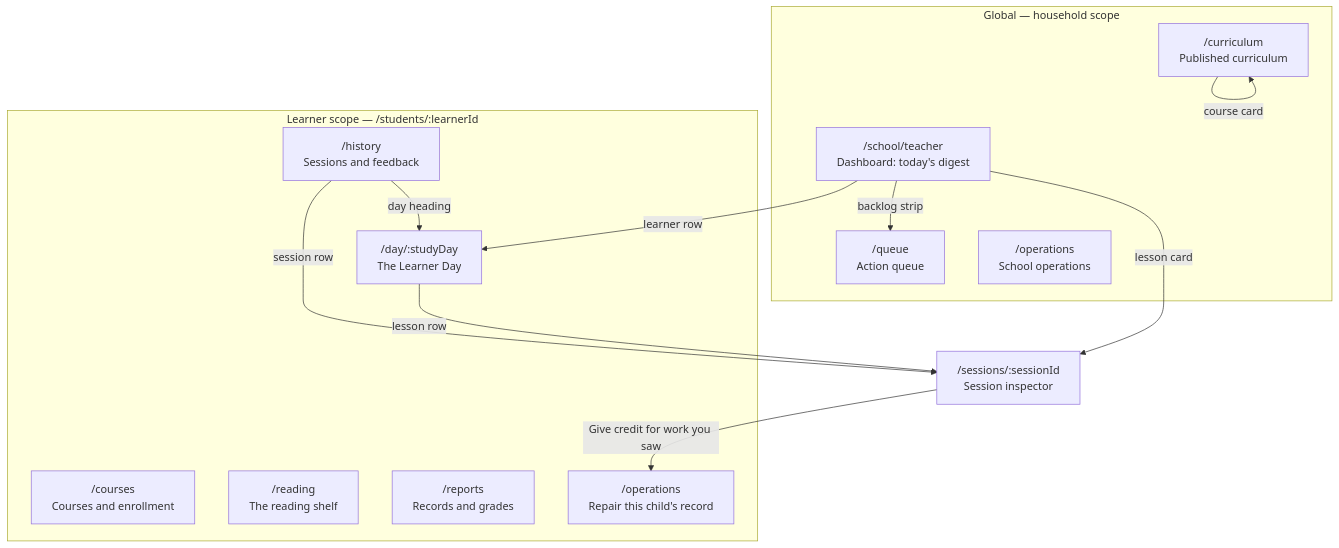
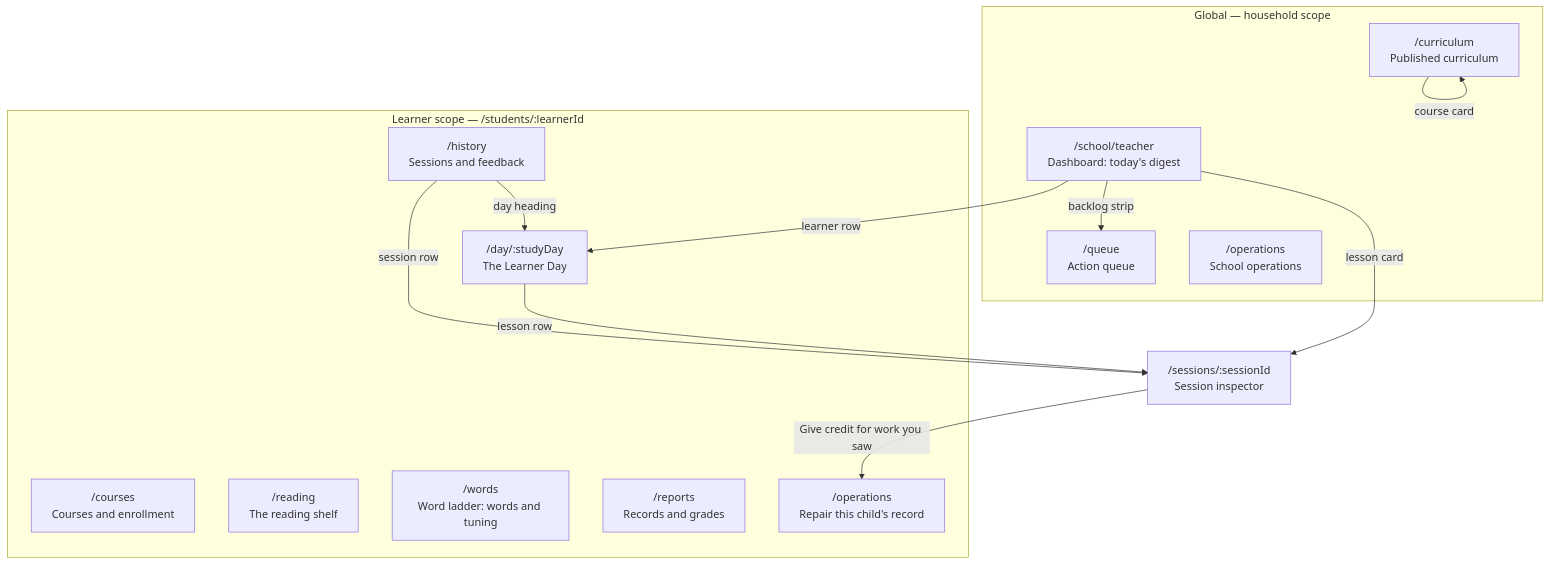
The second of 16 diagrams in docs/reference/school/teacher.md (kckern/DaylightStation), drawn with Mermaid before and after one commit. The commit also changed other lines of this file and 18 other files, not shown here.

````diff
--- a/docs/reference/school/teacher.md
+++ b/docs/reference/school/teacher.md
@@ -113,27 +113,28 @@
 ```mermaid
 flowchart TD
     subgraph global["Global — household scope"]
         DASH["/school/teacher<br/>Dashboard: today's digest"]
         QUEUE["/queue<br/>Action queue"]
         CURRIC["/curriculum<br/>Published curriculum"]
         OPS["/operations<br/>School operations"]
     end
     subgraph learner["Learner scope — /students/:learnerId"]
         DAY["/day/:studyDay<br/>The Learner Day"]
         COURSES["/courses<br/>Courses and enrollment"]
         HIST["/history<br/>Sessions and feedback"]
         READING["/reading<br/>The reading shelf"]
+        WORDS["/words<br/>Word ladder: words and tuning"]
         REPORTS["/reports<br/>Records and grades"]
         LOPS["/operations<br/>Repair this child's record"]
     end
     SESSION["/sessions/:sessionId<br/>Session inspector"]
 
     DASH -->|learner row| DAY
     DASH -->|backlog strip| QUEUE
     DASH -->|lesson card| SESSION
     DAY -->|lesson row| SESSION
     HIST -->|session row| SESSION
     HIST -->|day heading| DAY
     SESSION -->|"Give credit for work you saw"| LOPS
     CURRIC -->|course card| CURRIC
 ```
````
